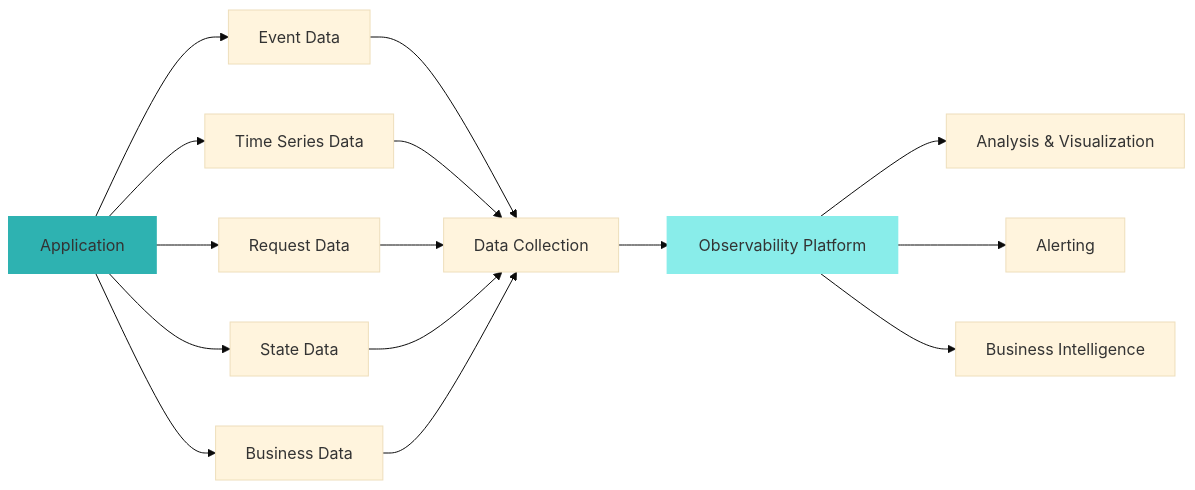
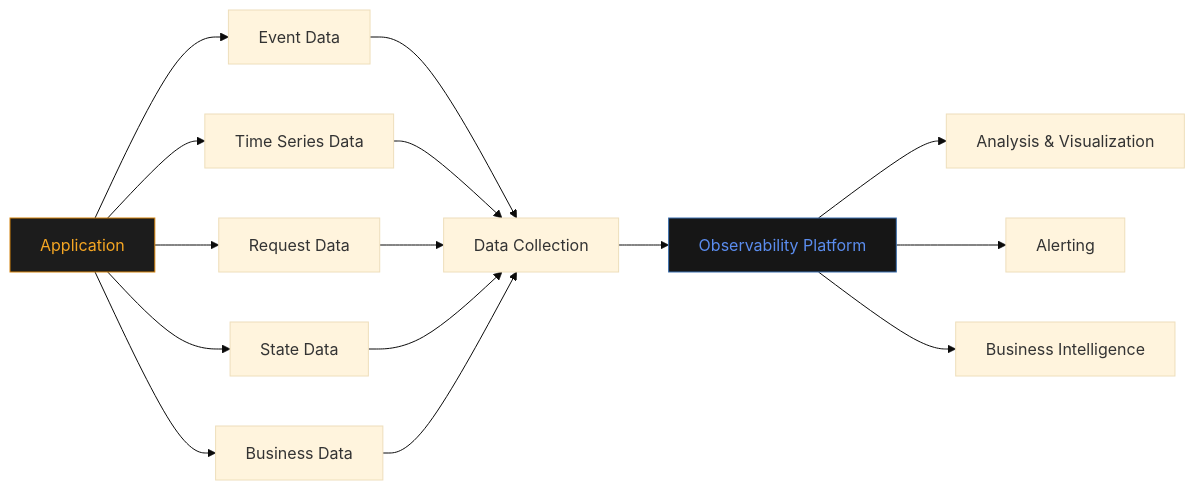
One commit to radra23/scryops-site changed the second of 2 diagrams in content/guides/logging-foundations.md. Above: the diagram before and after it, drawn with Mermaid (base theme). The commit also changed other lines of this file and 15 other files, not shown here.

```diff
--- a/content/guides/logging-foundations.md
+++ b/content/guides/logging-foundations.md
@@ -225,23 +225,23 @@
 {{< mermaid >}}
 graph LR
     A[Application] --> B[Event Data]
     A --> C[Time Series Data]
     A --> D[Request Data]
     A --> E[State Data]
     A --> F[Business Data]
     
     B --> G[Data Collection]
     C --> G
     D --> G
     E --> G
     F --> G
     
     G --> H[Observability Platform]
     
     H --> I[Analysis & Visualization]
     H --> J[Alerting]
     H --> K[Business Intelligence]
     
-    style A fill:#2EB2B1,stroke:#2EB2B1,stroke-width:4px
-    style H fill:#89EDEA,stroke:#89EDEA,stroke-width:4px
+    style A fill:#1C1C1C,stroke:#D4820A,color:#F5A623
+    style H fill:#161616,stroke:#3A6FAF,color:#5B8DEF
 {{< /mermaid >}}
```
